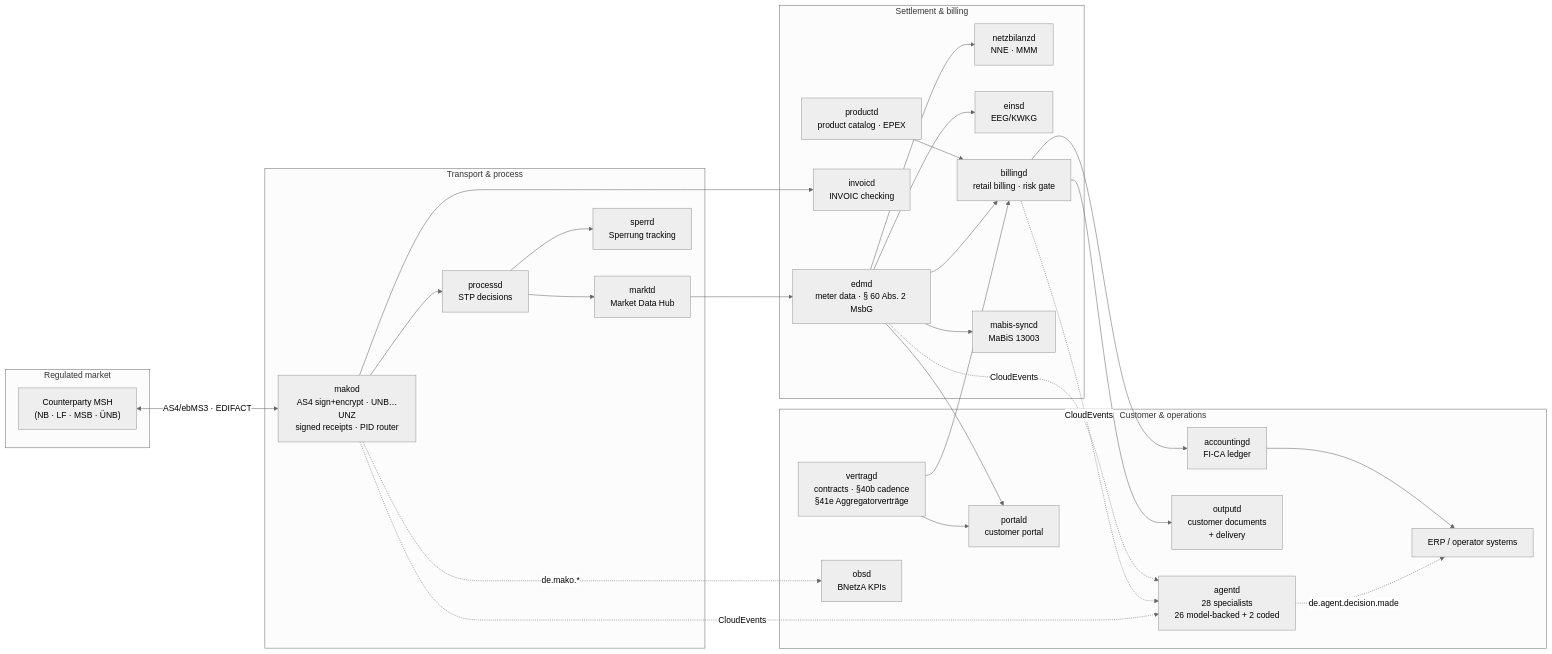
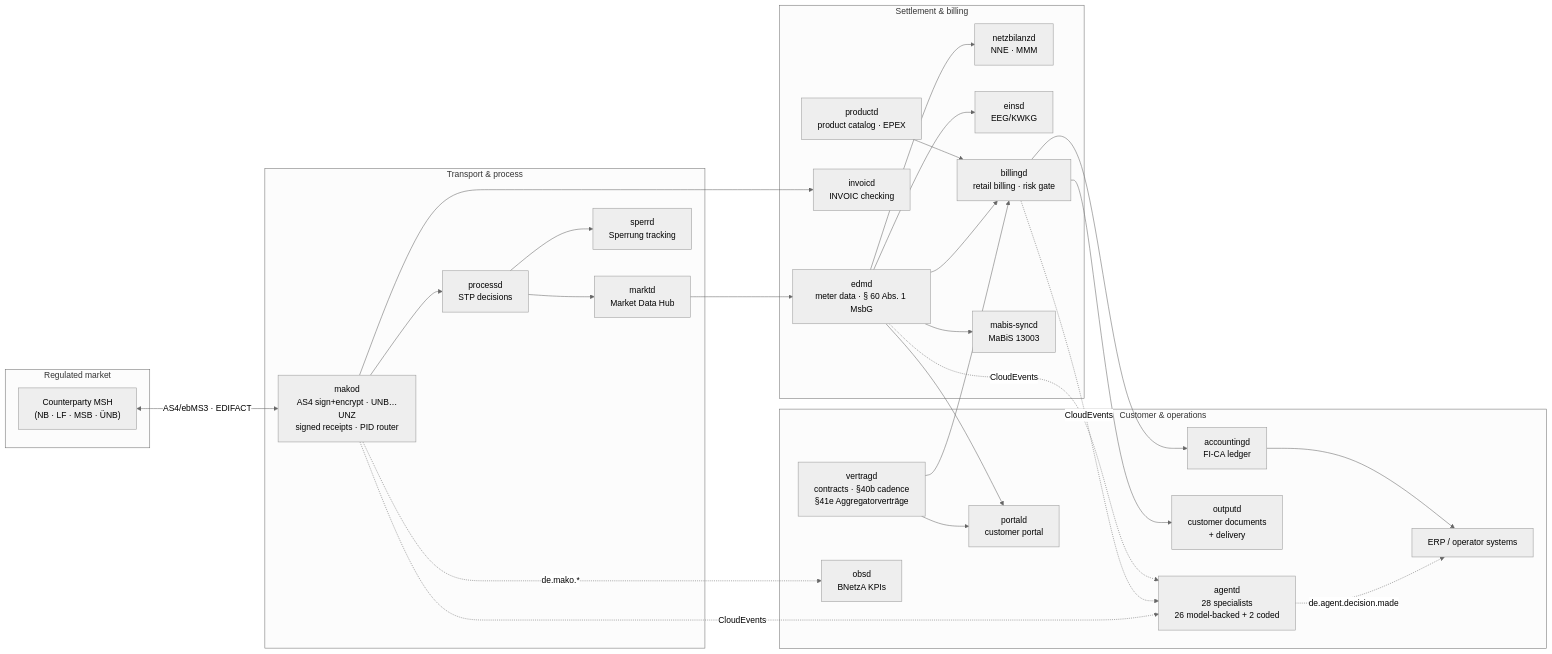
One commit to hupe1980/mako changed the diagram in README.md. Above: the diagram before and after it, drawn with Mermaid (neutral theme). The commit also changed other lines of this file and 490 other files, not shown here.

````diff
--- a/README.md
+++ b/README.md
@@ -36,48 +36,48 @@
 ```mermaid
 flowchart LR
     subgraph Market["Regulated market"]
         MP["Counterparty MSH<br/>(NB · LF · MSB · ÜNB)"]
     end
 
     subgraph Transport["Transport & process"]
         MAKOD["makod<br/>AS4 sign+encrypt · UNB…UNZ<br/>signed receipts · PID router"]
         PROCESSD["processd<br/>STP decisions"]
         MARKTD["marktd<br/>Market Data Hub"]
         SPERRD["sperrd<br/>Sperrung tracking"]
     end
 
     subgraph Settlement["Settlement & billing"]
-        EDMD["edmd<br/>meter data · § 60 Abs. 2 MsbG"]
+        EDMD["edmd<br/>meter data · § 60 Abs. 1 MsbG"]
         NETZB["netzbilanzd<br/>NNE · MMM"]
         EINSD["einsd<br/>EEG/KWKG"]
         BILLINGD["billingd<br/>retail billing · risk gate"]
         INVOICD["invoicd<br/>INVOIC checking"]
         MABIS["mabis-syncd<br/>MaBiS 13003"]
         PRODUCTD["productd<br/>product catalog · EPEX"]
     end
 
     subgraph Business["Customer & operations"]
         VERTRAGD["vertragd<br/>contracts · §40b cadence<br/>§41e Aggregatorverträge"]
         ACCOUNTINGD["accountingd<br/>FI-CA ledger"]
         OUTPUTD["outputd<br/>customer documents<br/>+ delivery"]
         PORTALD["portald<br/>customer portal"]
         OBSD["obsd<br/>BNetzA KPIs"]
         AGENTD["agentd<br/>28 specialists<br/>26 model-backed + 2 coded"]
         ERP["ERP / operator systems"]
     end
 
     MP <-->|"AS4/ebMS3 · EDIFACT"| MAKOD
     MAKOD --> PROCESSD --> MARKTD
     MARKTD --> EDMD --> NETZB & EINSD & BILLINGD & MABIS
     MAKOD --> INVOICD
     PRODUCTD --> BILLINGD
     BILLINGD --> ACCOUNTINGD
     BILLINGD --> OUTPUTD
     VERTRAGD --> BILLINGD
     PROCESSD --> SPERRD
     EDMD & VERTRAGD --> PORTALD
     MAKOD -.->|"de.mako.*"| OBSD
     MAKOD & BILLINGD & EDMD -.->|"CloudEvents"| AGENTD
     AGENTD -.->|"de.agent.decision.made"| ERP
     ACCOUNTINGD --> ERP
 ```
````
